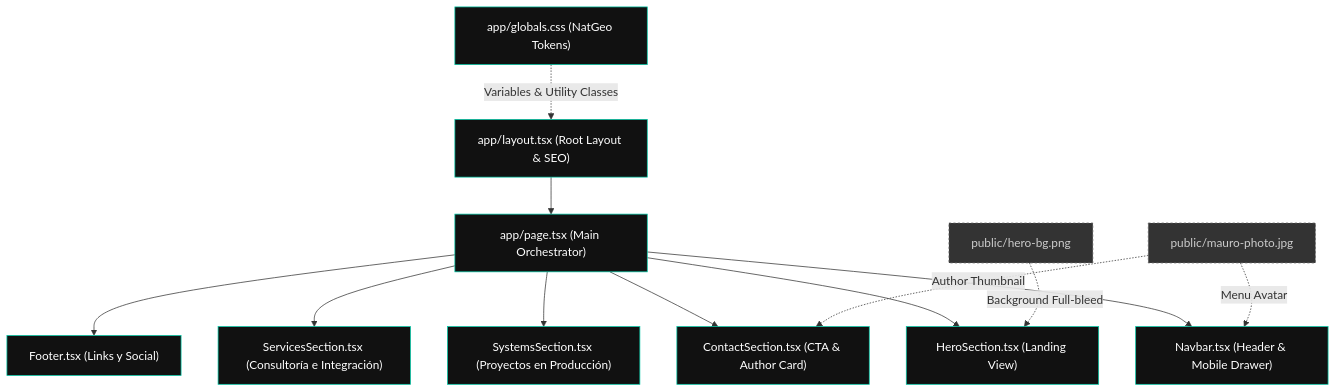
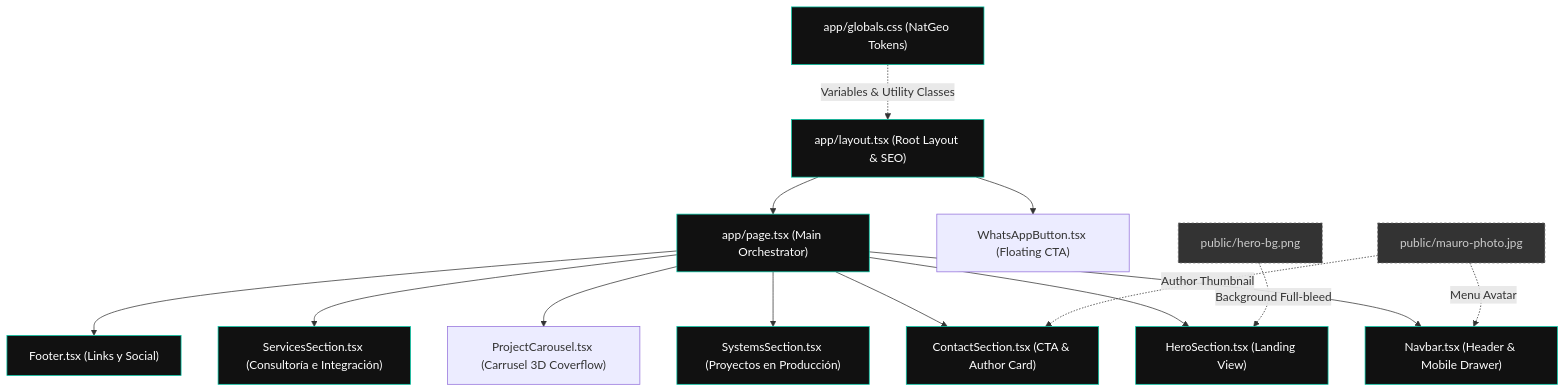
One commit to mauriciojilabert-svg/portafolio-mauro-dev changed the diagram in AI_CONTEXT.md. Above: the diagram before and after it, drawn with Mermaid. The commit also changed other lines of this file, not shown here.

Commit message:
docs: actualizar AI_CONTEXT.md con detalles de Swiper, ProjectCarousel y WhatsAppButton

````diff
--- a/AI_CONTEXT.md
+++ b/AI_CONTEXT.md
@@ -27,41 +27,45 @@
 ```mermaid
 graph TD
     %% Archivos Principales
     Layout["app/layout.tsx (Root Layout & SEO)"]
     Page["app/page.tsx (Main Orchestrator)"]
     GlobalCSS["app/globals.css (NatGeo Tokens)"]
 
     %% Componentes UI
     Nav["Navbar.tsx (Header & Mobile Drawer)"]
     Hero["HeroSection.tsx (Landing View)"]
     Sys["SystemsSection.tsx (Proyectos en Producción)"]
+    Carousel["ProjectCarousel.tsx (Carrusel 3D Coverflow)"]
     Serv["ServicesSection.tsx (Consultoría e Integración)"]
     Cont["ContactSection.tsx (CTA & Author Card)"]
     Foot["Footer.tsx (Links y Social)"]
+    WhatsApp["WhatsAppButton.tsx (Floating CTA)"]
 
     %% Assets
     HeroBg["public/hero-bg.png"]
     MauroImg["public/mauro-photo.jpg"]
 
     %% Relaciones
     Layout --> Page
+    Layout --> WhatsApp
     GlobalCSS -.->|Variables & Utility Classes| Layout
     
     Page --> Nav
     Page --> Hero
     Page --> Sys
+    Page --> Carousel
     Page --> Serv
     Page --> Cont
     Page --> Foot
 
     %% Dependencias de Assets
     HeroBg -.->|Background Full-bleed| Hero
     MauroImg -.->|Author Thumbnail| Cont
     MauroImg -.->|Menu Avatar| Nav
     
     classDef file fill:#111,stroke:#00c9a7,stroke-width:1px,color:#fff;
     classDef asset fill:#333,stroke:#666,stroke-width:1px,color:#ccc,stroke-dasharray: 3 3;
     
     class Layout,Page,GlobalCSS,Nav,Hero,Sys,Serv,Cont,Foot file;
     class HeroBg,MauroImg asset;
 ```
````
